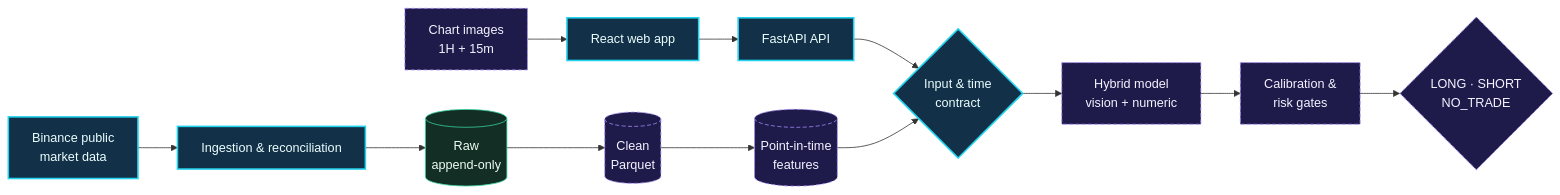
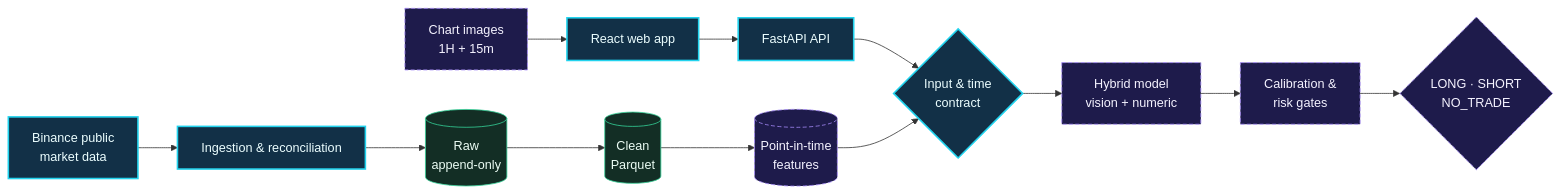
The diagram in README.md (TrungNguyenIT-SE/NTNBINANCE), drawn with Mermaid before and after one commit. The commit also changed other lines of this file and 28 other files, not shown here.

````diff
--- a/README.md
+++ b/README.md
@@ -63,23 +63,23 @@
 ```mermaid
 flowchart LR
     U["Chart images<br/>1H + 15m"] --> W["React web app"]
     W --> A["FastAPI API"]
 
     B["Binance public<br/>market data"] --> I["Ingestion & reconciliation"]
     I --> R[("Raw<br/>append-only")]
     R --> C[("Clean<br/>Parquet")]
     C --> F[("Point-in-time<br/>features")]
 
     A --> V{"Input & time<br/>contract"}
     F --> V
     V --> M["Hybrid model<br/>vision + numeric"]
     M --> G["Calibration &<br/>risk gates"]
     G --> O{"LONG · SHORT<br/>NO_TRADE"}
 
     classDef live fill:#123047,stroke:#22d3ee,color:#ecfeff,stroke-width:2px;
     classDef planned fill:#1e1b4b,stroke:#a78bfa,color:#f5f3ff,stroke-dasharray:5 3;
     classDef store fill:#132e25,stroke:#34d399,color:#ecfdf5;
     class B,I,W,A,V live;
-    class U,C,F,M,G,O planned;
-    class R store;
+    class U,F,M,G,O planned;
+    class R,C store;
 ```
````
